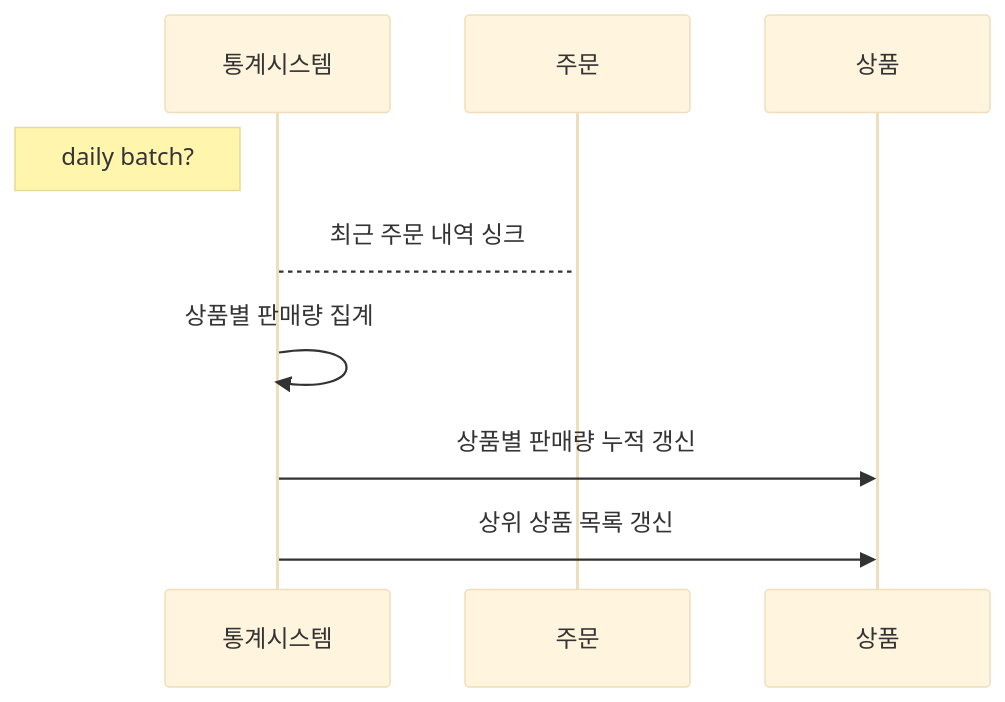
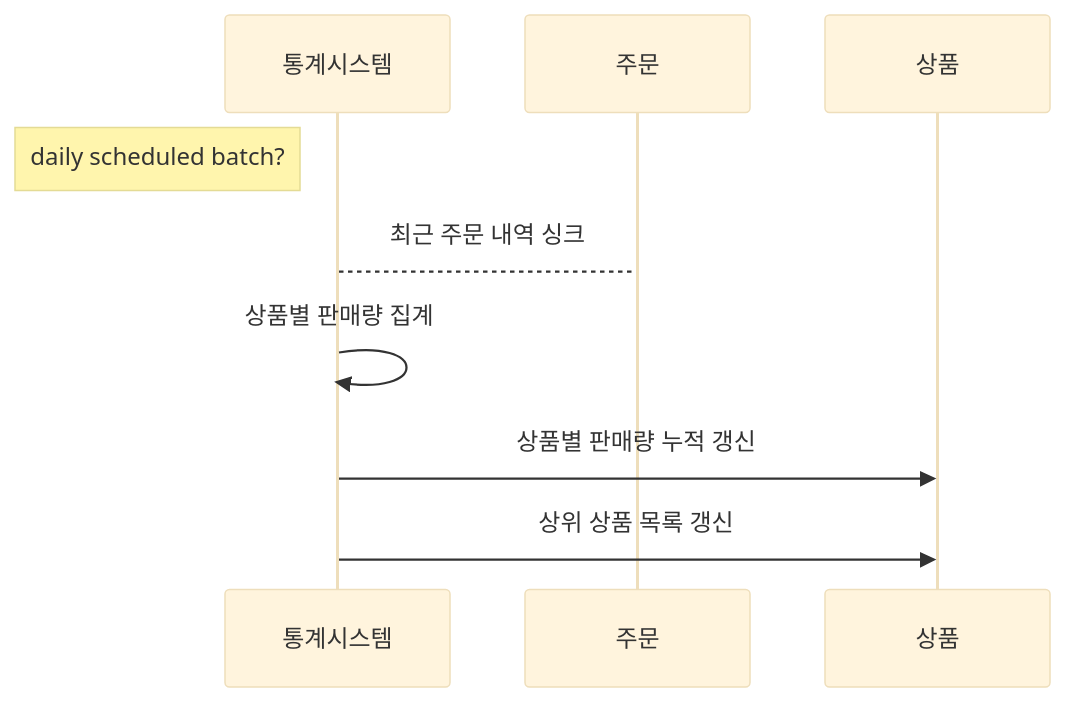
One commit to domuk-k/cream-commerce changed the second of 2 diagrams in docs/designs/상위상품순위.md. Above: the diagram before and after it, drawn with Mermaid (base theme). The commit also changed other lines of this file, not shown here.

````diff
--- a/docs/designs/상위상품순위.md
+++ b/docs/designs/상위상품순위.md
@@ -17,11 +17,11 @@
 ```mermaid
 sequenceDiagram
     participant 통계시스템
-    note left of 통계시스템: daily batch?
+    note left of 통계시스템: daily scheduled batch?
     participant 주문
     participant 상품
     통계시스템 --> 주문: 최근 주문 내역 싱크
     통계시스템 ->> 통계시스템: 상품별 판매량 집계
     통계시스템 ->> 상품: 상품별 판매량 누적 갱신
     통계시스템 ->> 상품: 상위 상품 목록 갱신
 ```
````
